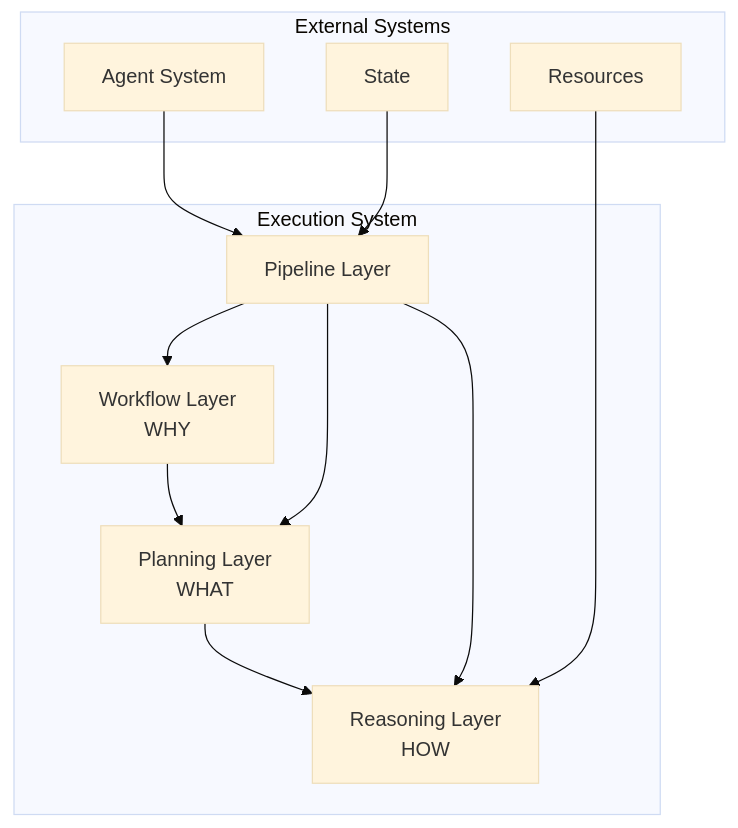
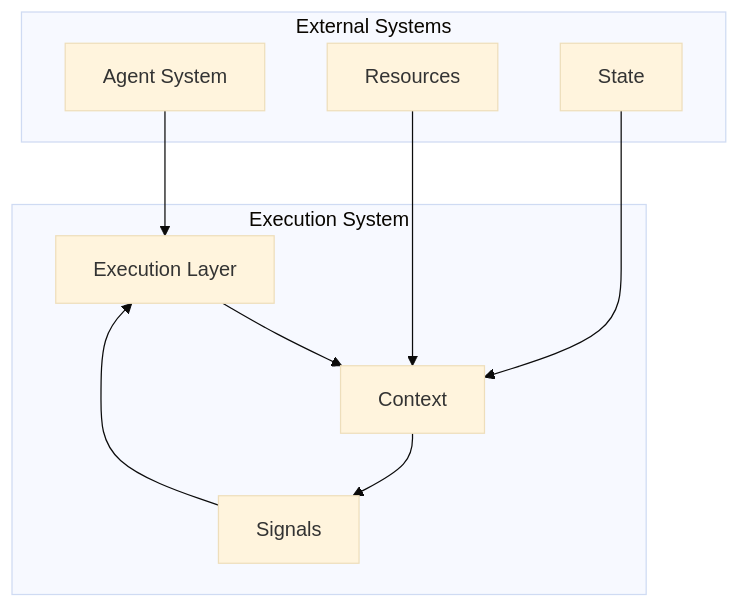
Before and after one commit to aitomatic/dana: the diagram in opendxa/execution/README.md, drawn with Mermaid (base theme). The commit also changed other lines of this file and 8 other files, not shown here.

````diff
--- a/opendxa/execution/README.md
+++ b/opendxa/execution/README.md
@@ -39,16 +34,14 @@
 ```mermaid
 graph TB
     subgraph "Execution System"
-        W[Workflow Layer<br>WHY] --> P[Planning Layer<br>WHAT]
-        P --> R[Reasoning Layer<br>HOW]
-        PL[Pipeline Layer] --> W
-        PL --> P
-        PL --> R
+        E[Execution Layer] --> C[Context]
+        C --> S[Signals]
+        S --> E
     end
     
     subgraph "External Systems"
-        A[Agent System] --> PL
-        RS[Resources] --> R
-        ST[State] --> PL
+        A[Agent System] --> E
+        RS[Resources] --> C
+        ST[State] --> C
     end
 ```
````
